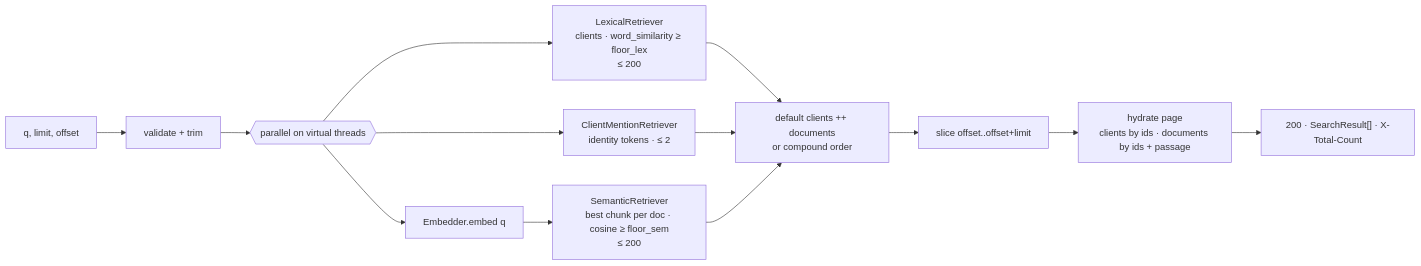
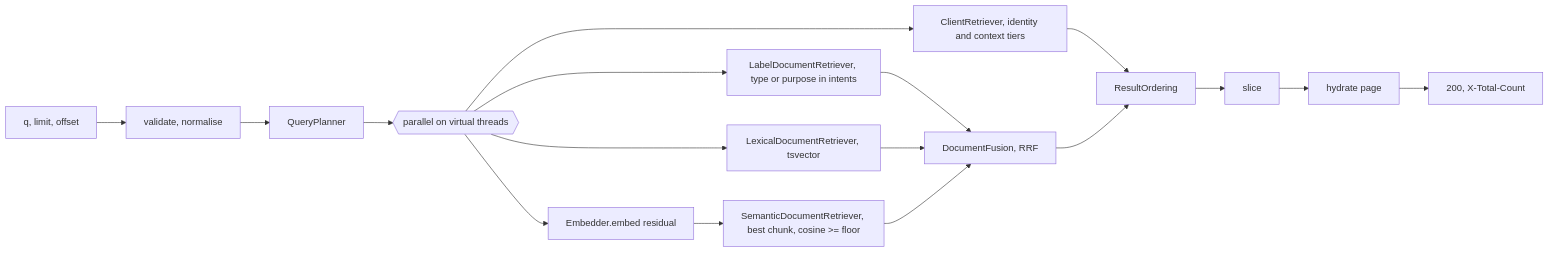
The second of 2 diagrams in docs/system-design.md (TsybulskyStepan/unified-search), drawn with Mermaid before and after one commit. The commit also changed other lines of this file and 12 other files, not shown here.

````diff
--- a/docs/system-design.md
+++ b/docs/system-design.md
@@ -399,15 +408,11 @@
 ```mermaid
 flowchart LR
-    Q["q, limit, offset"] --> V[validate + trim]
-    V --> P{{parallel on virtual threads}}
-    P --> LR["LexicalRetriever<br/>clients · word_similarity ≥ floor_lex<br/>≤ 200"]
-    P --> MR["ClientMentionRetriever<br/>identity tokens · ≤ 2"]
-    P --> EQ[Embedder.embed q]
-    EQ --> SR["SemanticRetriever<br/>best chunk per doc · cosine ≥ floor_sem<br/>≤ 200"]
-    LR --> F["default clients ++ documents<br/>or compound order"]
-    MR --> F
-    SR --> F
-    F --> S[slice offset..offset+limit]
-    S --> H["hydrate page<br/>clients by ids · documents by ids + passage"]
-    H --> R["200 · SearchResult[] · X-Total-Count"]
+    Q["q, limit, offset"] --> V["validate, normalise"] --> P["QueryPlanner"]
+    P --> PAR{{"parallel on virtual threads"}}
+    PAR --> CR["ClientRetriever, identity and context tiers"]
+    PAR --> LB["LabelDocumentRetriever, type or purpose in intents"]
+    PAR --> LX["LexicalDocumentRetriever, tsvector"]
+    PAR --> EQ["Embedder.embed residual"] --> SM["SemanticDocumentRetriever, best chunk, cosine >= floor"]
+    LB & LX & SM --> FU["DocumentFusion, RRF"]
+    CR & FU --> ORD["ResultOrdering"] --> SL["slice"] --> HY["hydrate page"] --> R["200, X-Total-Count"]
 ```
````
